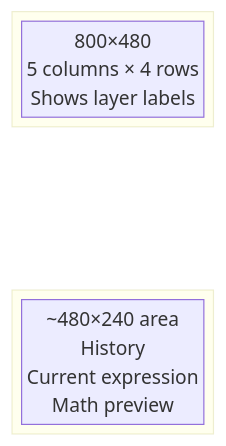
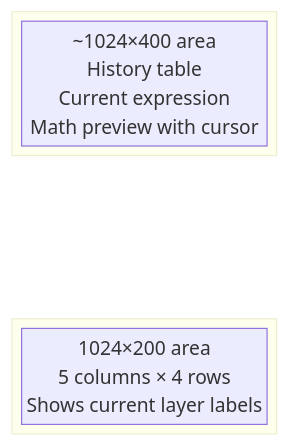
Before and after one commit to marvins/kbd_calc: the third of 3 diagrams in docs/hardware.md, drawn with Mermaid. The commit also changed other lines of this file and 28 other files, not shown here.

````diff
--- a/docs/hardware.md
+++ b/docs/hardware.md
@@ -88,13 +163,13 @@
 ```mermaid
 block-beta
     columns 1
     space
-    block:Virtual_Keypad:1
-        Keypad["800×480<br/>5 columns × 4 rows<br/>Shows layer labels"]
+    block:Calculator_LCD:1
+        LCD["~1024×400 area<br/>History table<br/>Current expression<br/>Math preview with cursor"]
     end
     space
-    block:Calculator_LCD:1
-        LCD["~480×240 area<br/>History<br/>Current expression<br/>Math preview"]
+    block:Virtual_Keypad:1
+        Keypad["1024×200 area<br/>5 columns × 4 rows<br/>Shows current layer labels"]
     end
     space
 ```
````
